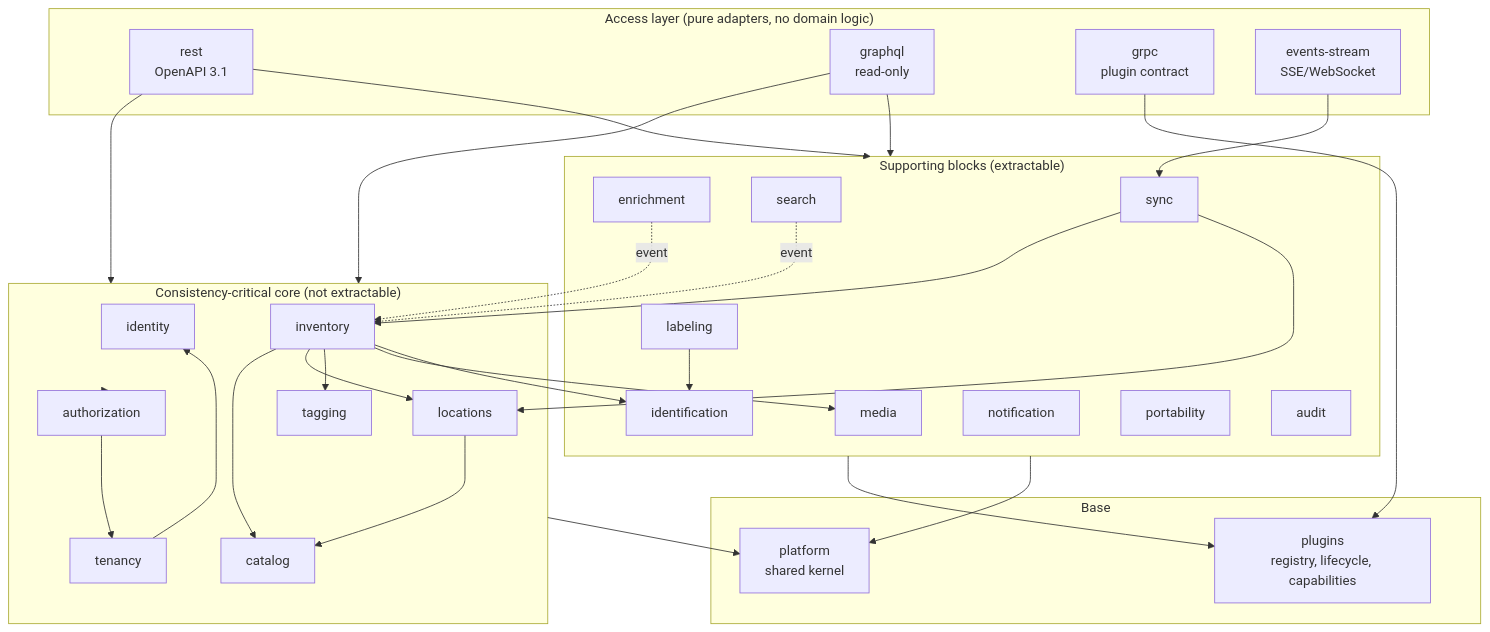
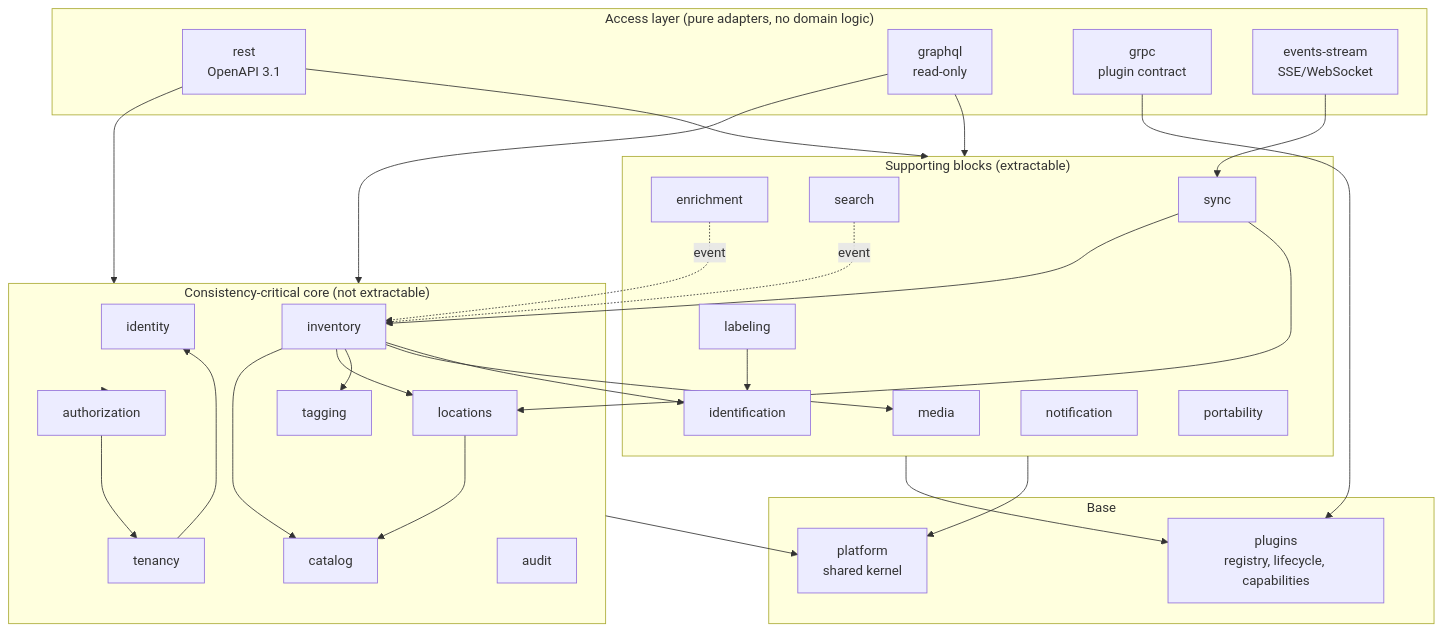
Before and after one commit to greluc/Home-Inventory: the second of 2 diagrams in docs/architecture/04-building-blocks.md, drawn with Mermaid. The commit also changed other lines of this file and 32 other files, not shown here.

````diff
--- a/docs/architecture/04-building-blocks.md
+++ b/docs/architecture/04-building-blocks.md
@@ -69,61 +72,61 @@
 ```mermaid
 graph TB
     subgraph Access["Access layer (pure adapters, no domain logic)"]
         REST["rest<br/>OpenAPI 3.1"]
         GQL["graphql<br/>read-only"]
         GRPC["grpc<br/>plugin contract"]
         SSE["events-stream<br/>SSE/WebSocket"]
     end
 
     subgraph Core["Consistency-critical core (not extractable)"]
         IDN["identity"]
         TEN["tenancy"]
         AUZ["authorization"]
         CAT["catalog"]
         INV["inventory"]
         LOC["locations"]
         TAG["tagging"]
+        AUD["audit"]
     end
 
     subgraph Supp["Supporting blocks (extractable)"]
         MED["media"]
         IDF["identification"]
         LBL["labeling"]
         ENR["enrichment"]
         SRC["search"]
         SYN["sync"]
         NOT["notification"]
         IMP["portability"]
-        AUD["audit"]
     end
 
     subgraph Base["Base"]
         PLR["plugins<br/>registry, lifecycle, capabilities"]
         PLT["platform<br/>shared kernel"]
     end
 
     REST --> Core
     REST --> Supp
     GQL --> Core
     GQL --> Supp
     GRPC --> PLR
     SSE --> SYN
 
     INV --> CAT
     INV --> LOC
     INV --> TAG
     INV --> MED
     INV --> IDF
     LOC --> CAT
     LBL --> IDF
     ENR -.->|event| INV
     SRC -.->|event| INV
     SYN --> INV
     SYN --> LOC
     Core --> AUZ
     AUZ --> TEN
     TEN --> IDN
     Supp --> PLR
     Core --> PLT
     Supp --> PLT
 ```
````
